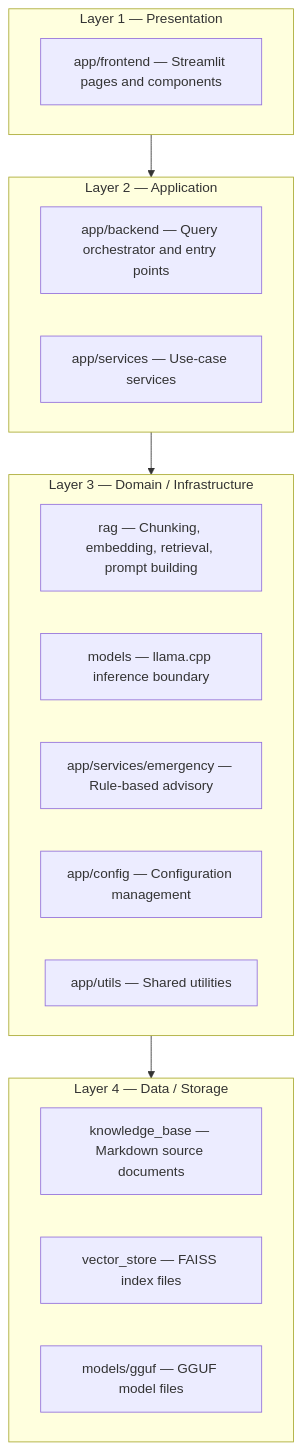
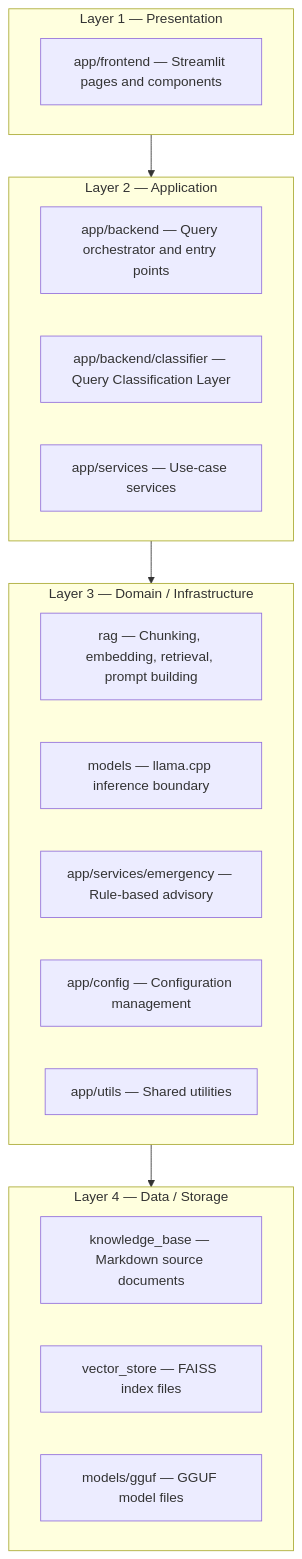
Before and after one commit to zulyadainimuhammad/poultryguard-ai: the first of 2 diagrams in docs/architecture/software_architecture.md, drawn with Mermaid. The commit also changed other lines of this file and 10 other files, not shown here.

Commit message:
docs(architecture): refine system design and knowledge base structure

````diff
--- a/docs/architecture/software_architecture.md
+++ b/docs/architecture/software_architecture.md
@@ -32,29 +33,30 @@
 ```mermaid
 graph TD
     subgraph L1["Layer 1 — Presentation"]
         UI[app/frontend — Streamlit pages and components]
     end
 
     subgraph L2["Layer 2 — Application"]
         BE[app/backend — Query orchestrator and entry points]
+        QC[app/backend/classifier — Query Classification Layer]
         SVC[app/services — Use-case services]
     end
 
     subgraph L3["Layer 3 — Domain / Infrastructure"]
         RAG[rag — Chunking, embedding, retrieval, prompt building]
         MDL[models — llama.cpp inference boundary]
         EM[app/services/emergency — Rule-based advisory]
         CFG[app/config — Configuration management]
         UTL[app/utils — Shared utilities]
     end
 
     subgraph L4["Layer 4 — Data / Storage"]
         KB[knowledge_base — Markdown source documents]
         VS[vector_store — FAISS index files]
         GGUF[models/gguf — GGUF model files]
     end
 
     L1 --> L2
     L2 --> L3
     L3 --> L4
 ```
````
